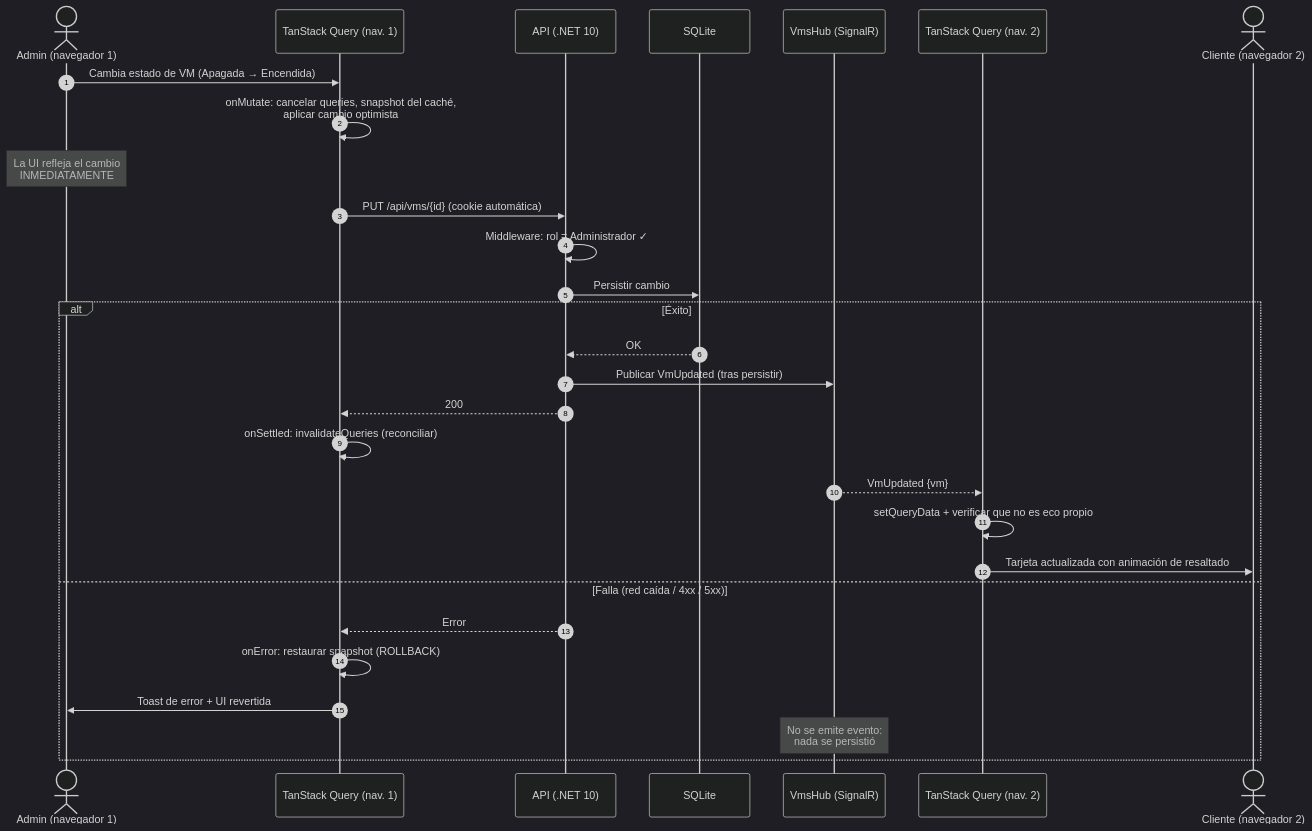
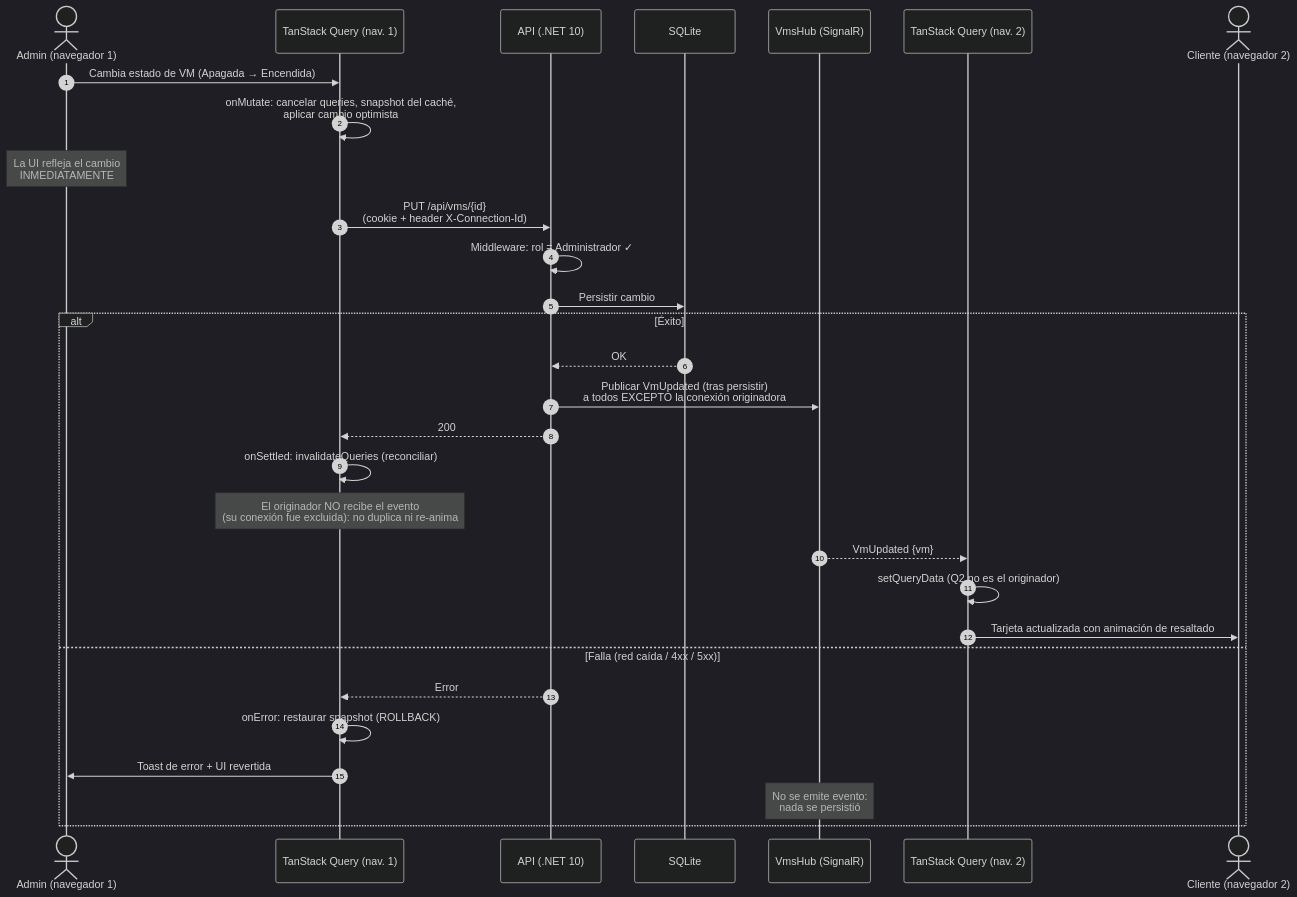
One commit to ingandres18/ifxPruebaTecnica changed the sixth of 6 diagrams in ARQUITECTURA.md. Above: the diagram before and after it, drawn with Mermaid (dark theme). The commit also changed other lines of this file and 14 other files, not shown here.

````diff
--- a/ARQUITECTURA.md
+++ b/ARQUITECTURA.md
@@ -177,33 +177,34 @@
 ```mermaid
 sequenceDiagram
     autonumber
     actor A as Admin (navegador 1)
     participant Q1 as TanStack Query (nav. 1)
     participant API as API (.NET 10)
     participant DB as SQLite
     participant HUB as VmsHub (SignalR)
     participant Q2 as TanStack Query (nav. 2)
     actor C as Cliente (navegador 2)
 
     A->>Q1: Cambia estado de VM (Apagada → Encendida)
     Q1->>Q1: onMutate: cancelar queries, snapshot del caché,<br/>aplicar cambio optimista
     Note over A: La UI refleja el cambio<br/>INMEDIATAMENTE
-    Q1->>API: PUT /api/vms/{id} (cookie automática)
+    Q1->>API: PUT /api/vms/{id}<br/>(cookie + header X-Connection-Id)
     API->>API: Middleware: rol = Administrador ✓
     API->>DB: Persistir cambio
 
     alt Éxito
         DB-->>API: OK
-        API->>HUB: Publicar VmUpdated (tras persistir)
+        API->>HUB: Publicar VmUpdated (tras persistir)<br/>a todos EXCEPTO la conexión originadora
         API-->>Q1: 200
         Q1->>Q1: onSettled: invalidateQueries (reconciliar)
+        Note over Q1: El originador NO recibe el evento<br/>(su conexión fue excluida): no duplica ni re-anima
         HUB-->>Q2: VmUpdated {vm}
-        Q2->>Q2: setQueryData + verificar que no es eco propio
+        Q2->>Q2: setQueryData (Q2 no es el originador)
         Q2->>C: Tarjeta actualizada con animación de resaltado
     else Falla (red caída / 4xx / 5xx)
         API-->>Q1: Error
         Q1->>Q1: onError: restaurar snapshot (ROLLBACK)
         Q1->>A: Toast de error + UI revertida
         Note over HUB: No se emite evento:<br/>nada se persistió
     end
 ```
````
